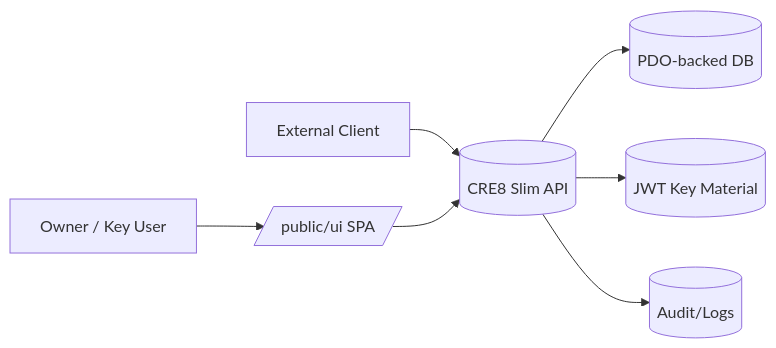
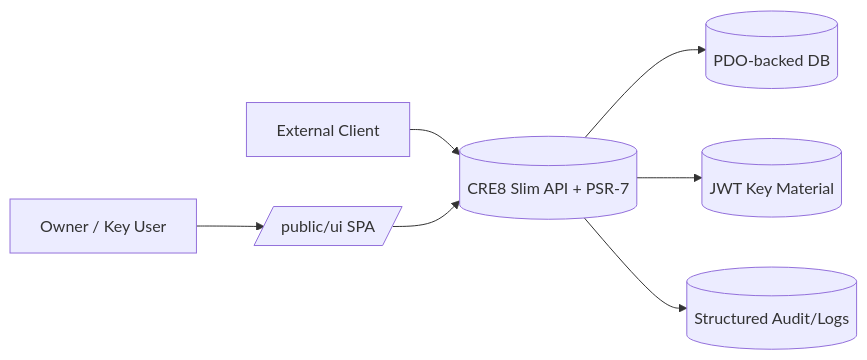
Before and after one commit to accurotechadmin/CRE8pw: the first of 5 diagrams in docs/SSOT/Architecture_Diagrams.md, drawn with Mermaid. The commit also changed other lines of this file and 31 other files, not shown here.

````diff
--- a/docs/SSOT/Architecture_Diagrams.md
+++ b/docs/SSOT/Architecture_Diagrams.md
@@ -6,9 +7,9 @@
 ```mermaid
 flowchart LR
   User[Owner / Key User] --> UI[/public/ui SPA/]
-  Integrator[External Client] --> API[(CRE8 Slim API)]
+  Integrator[External Client] --> API[(CRE8 Slim API + PSR-7)]
   UI --> API
   API --> DB[(PDO-backed DB)]
   API --> Keys[(JWT Key Material)]
-  API --> Logs[(Audit/Logs)]
+  API --> Logs[(Structured Audit/Logs)]
 ```
````
